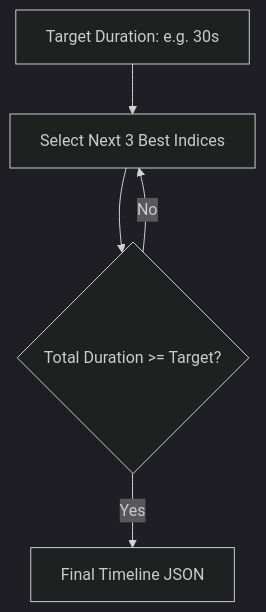
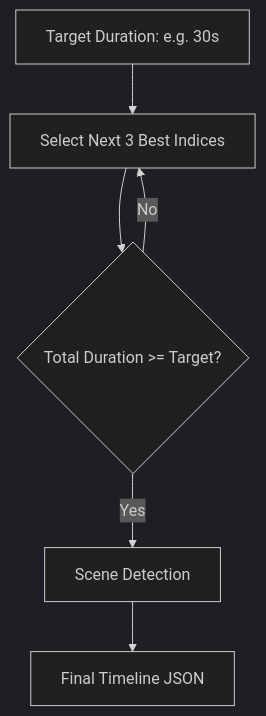
The fourth of 5 diagrams in docs/architecture.md (navidshad/vgtu-video-summarization), drawn with Mermaid (dark theme) before and after one commit. The commit also changed other lines of this file and 3 other files, not shown here.

Commit message:
docs: Integrate scene detection into the timeline builder and shift sample data provision to external downloads, removing the local download script. #86ewmhce8

````diff
--- a/docs/architecture.md
+++ b/docs/architecture.md
@@ -80,7 +71,8 @@
 ```mermaid
 graph TD
     Start[Target Duration: e.g. 30s] --> Search[Select Next 3 Best Indices]
     Search --> Check{Total Duration >= Target?}
     Check -- No --> Search
-    Check -- Yes --> Final[Final Timeline JSON]
+    Check -- Yes --> Scenes[Scene Detection]
+    Scenes --> Final[Final Timeline JSON]
 ```
````
